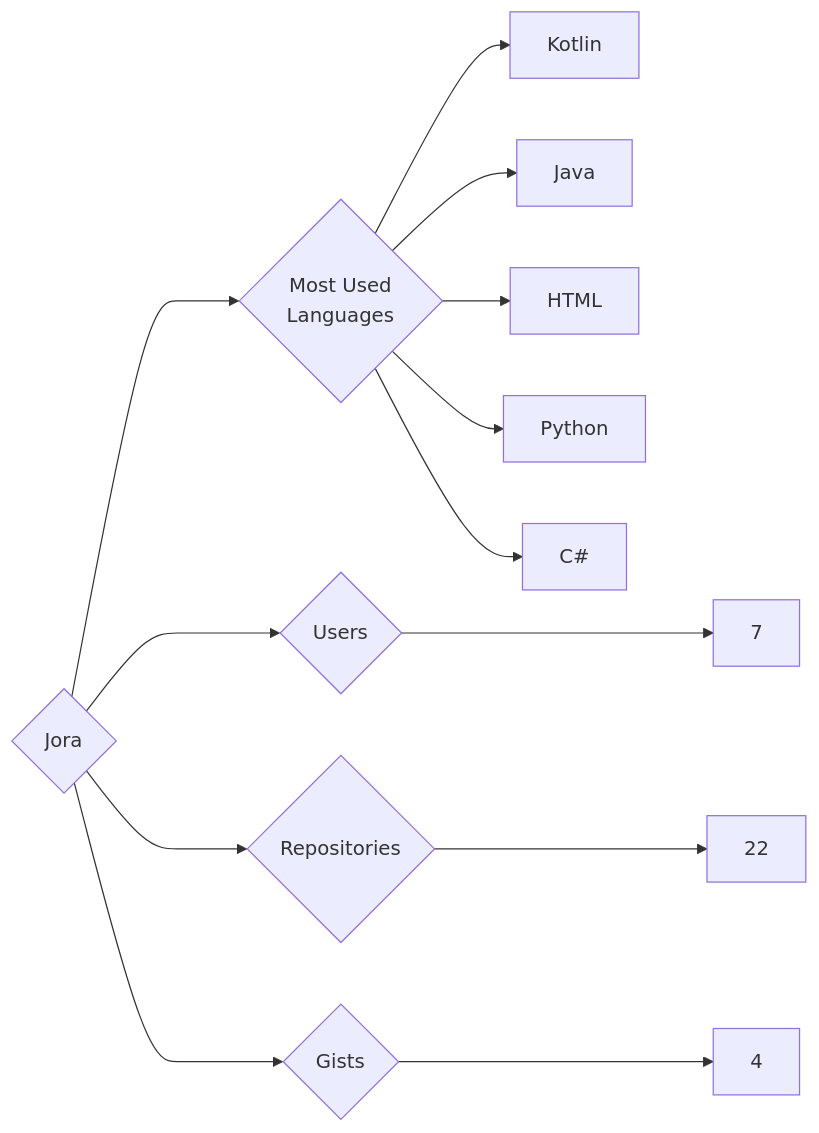
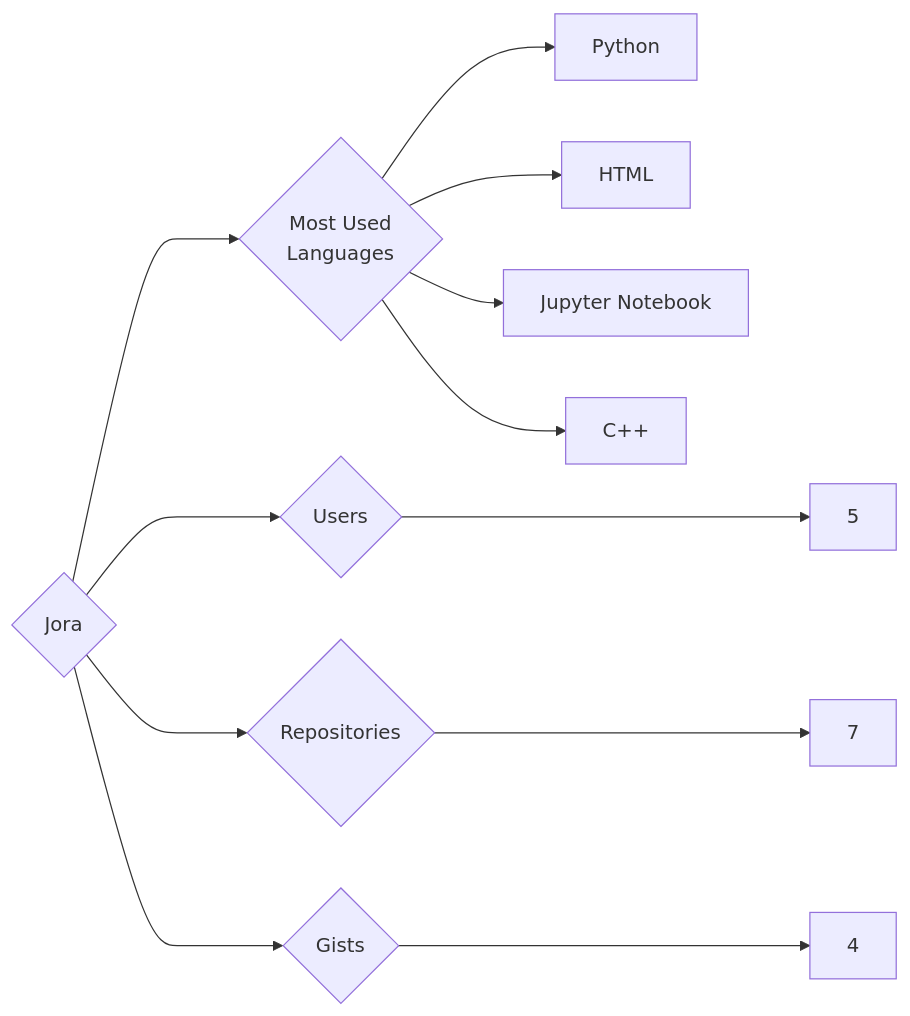
Before and after one commit to trickest/insiders: the diagram in targets/Jora/README.md, drawn with Mermaid. The commit also changed 681 other files, not shown here.

````diff
--- a/targets/Jora/README.md
+++ b/targets/Jora/README.md
@@ -3,13 +3,12 @@
 ```mermaid
 graph LR
 COMPANY_NAME{Jora}
-COMPANY_NAME ---> U{Users} ---> UN[7]
-COMPANY_NAME ---> R{Repositories} ---> RN[22]
+COMPANY_NAME ---> U{Users} ---> UN[5]
+COMPANY_NAME ---> R{Repositories} ---> RN[7]
 COMPANY_NAME ---> G{Gists} ---> GN[4]
 COMPANY_NAME ---> ML{Most Used<br>Languages}
-ML --> Kotlin[Kotlin]
-ML --> Java[Java]
+ML --> Python[Python]
 ML --> HTML[HTML]
-ML --> Python[Python]
-ML --> C#[C#]
+ML --> Jupyter_Notebook[Jupyter Notebook]
+ML --> C++[C++]
 ```
````
